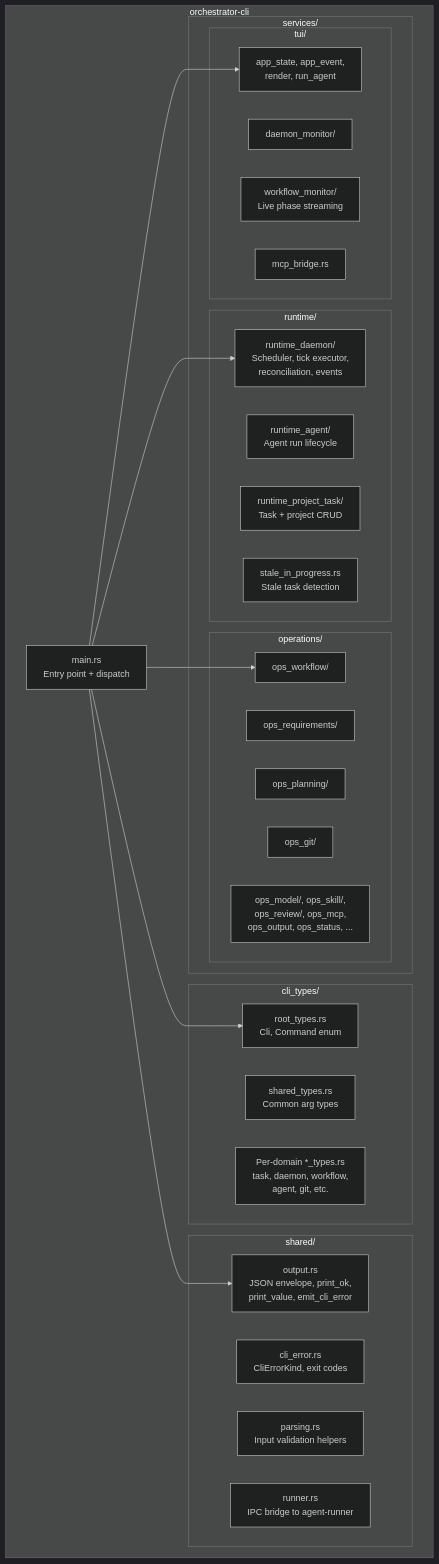
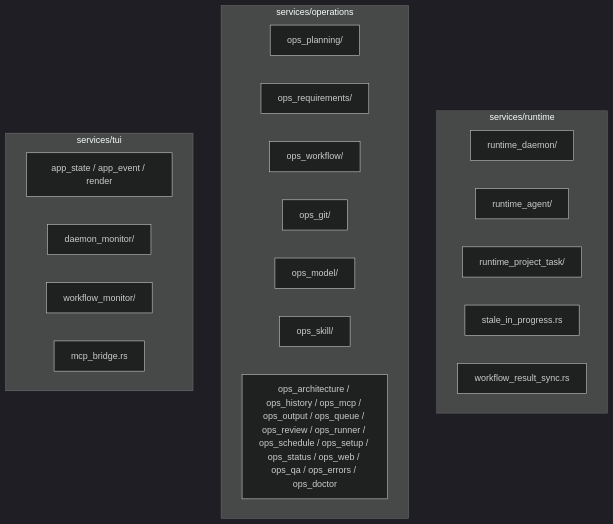
The second of 3 diagrams in crates/orchestrator-cli/README.md (launchapp-dev/animus-cli), drawn with Mermaid (dark theme) before and after one commit. The commit also changed other lines of this file and 15 other files, not shown here.

````diff
--- a/crates/orchestrator-cli/README.md
+++ b/crates/orchestrator-cli/README.md
@@ -34,47 +39,27 @@
 ```mermaid
 graph TD
-    subgraph "orchestrator-cli"
-        MAIN["main.rs<br/>Entry point + dispatch"]
-
-        subgraph "cli_types/"
-            ROOT["root_types.rs<br/>Cli, Command enum"]
-            SHARED_T["shared_types.rs<br/>Common arg types"]
-            DOMAIN["Per-domain *_types.rs<br/>task, daemon, workflow,<br/>agent, git, etc."]
-        end
-
-        subgraph "shared/"
-            OUTPUT["output.rs<br/>JSON envelope, print_ok,<br/>print_value, emit_cli_error"]
-            CLI_ERR["cli_error.rs<br/>CliErrorKind, exit codes"]
-            PARSING["parsing.rs<br/>Input validation helpers"]
-            RUNNER["runner.rs<br/>IPC bridge to agent-runner"]
-        end
-
-        subgraph "services/"
-            subgraph "operations/"
-                OPS_WF["ops_workflow/"]
-                OPS_REQ["ops_requirements/"]
-                OPS_PLAN["ops_planning/"]
-                OPS_GIT["ops_git/"]
-                OPS_OTHER["ops_model/, ops_skill/,<br/>ops_review/, ops_mcp,<br/>ops_output, ops_status, ..."]
-            end
-            subgraph "runtime/"
-                RT_DAEMON["runtime_daemon/<br/>Scheduler, tick executor,<br/>reconciliation, events"]
-                RT_AGENT["runtime_agent/<br/>Agent run lifecycle"]
-                RT_TASK["runtime_project_task/<br/>Task + project CRUD"]
-                RT_STALE["stale_in_progress.rs<br/>Stale task detection"]
-            end
-            subgraph "tui/"
-                TUI_APP["app_state, app_event,<br/>render, run_agent"]
-                TUI_DAEMON["daemon_monitor/"]
-                TUI_WFM["workflow_monitor/<br/>Live phase streaming"]
-                TUI_MCP["mcp_bridge.rs"]
-            end
-        end
+    subgraph "services/runtime"
+        RDAEMON["runtime_daemon/"]
+        RAGENT["runtime_agent/"]
+        RPT["runtime_project_task/"]
+        RSTALE["stale_in_progress.rs"]
+        RSYNC["workflow_result_sync.rs"]
     end
 
-    MAIN --> ROOT
-    MAIN --> OUTPUT
-    MAIN --> RT_DAEMON
-    MAIN --> OPS_WF
-    MAIN --> TUI_APP
+    subgraph "services/operations"
+        OPLAN["ops_planning/"]
+        OREQ["ops_requirements/"]
+        OWF["ops_workflow/"]
+        OGIT["ops_git/"]
+        OMODEL["ops_model/"]
+        OSKILL["ops_skill/"]
+        OREST["ops_architecture / ops_history / ops_mcp / ops_output / ops_queue / ops_review / ops_runner / ops_schedule / ops_setup / ops_status / ops_web / ops_qa / ops_errors / ops_doctor"]
+    end
+
+    subgraph "services/tui"
+        TAPP["app_state / app_event / render"]
+        TMON["daemon_monitor/"]
+        TWF["workflow_monitor/"]
+        TMCP["mcp_bridge.rs"]
+    end
 ```
````
